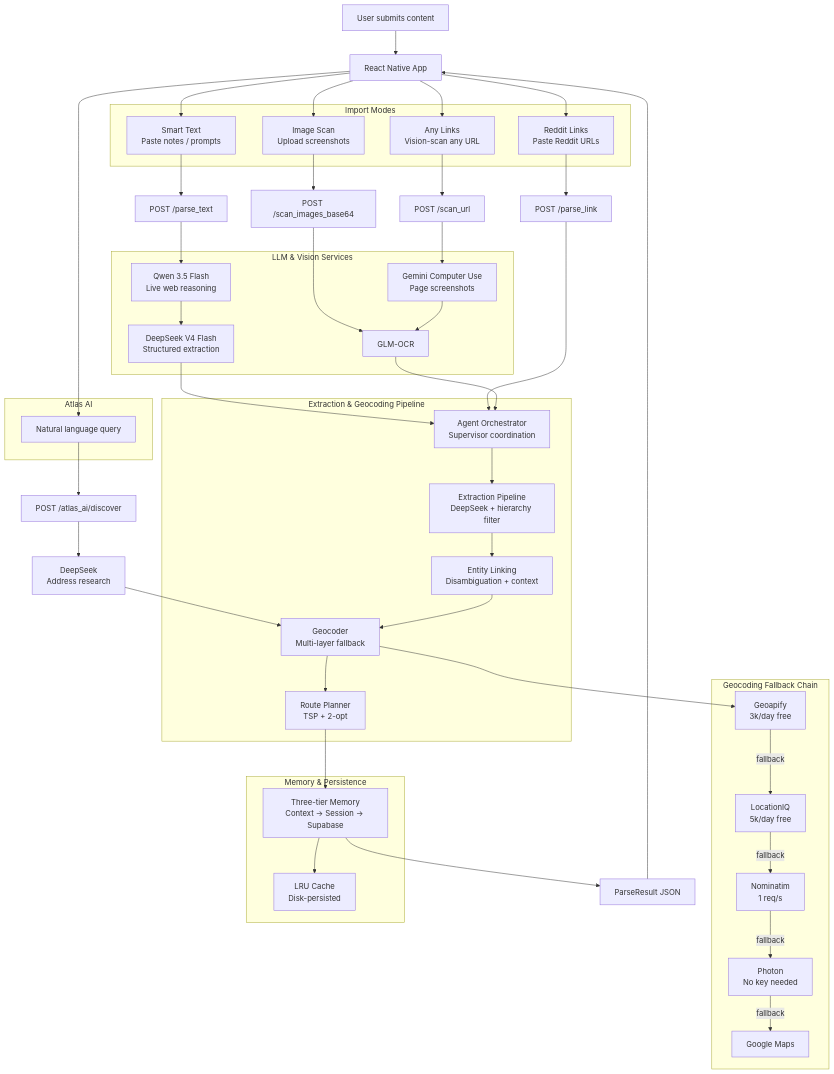
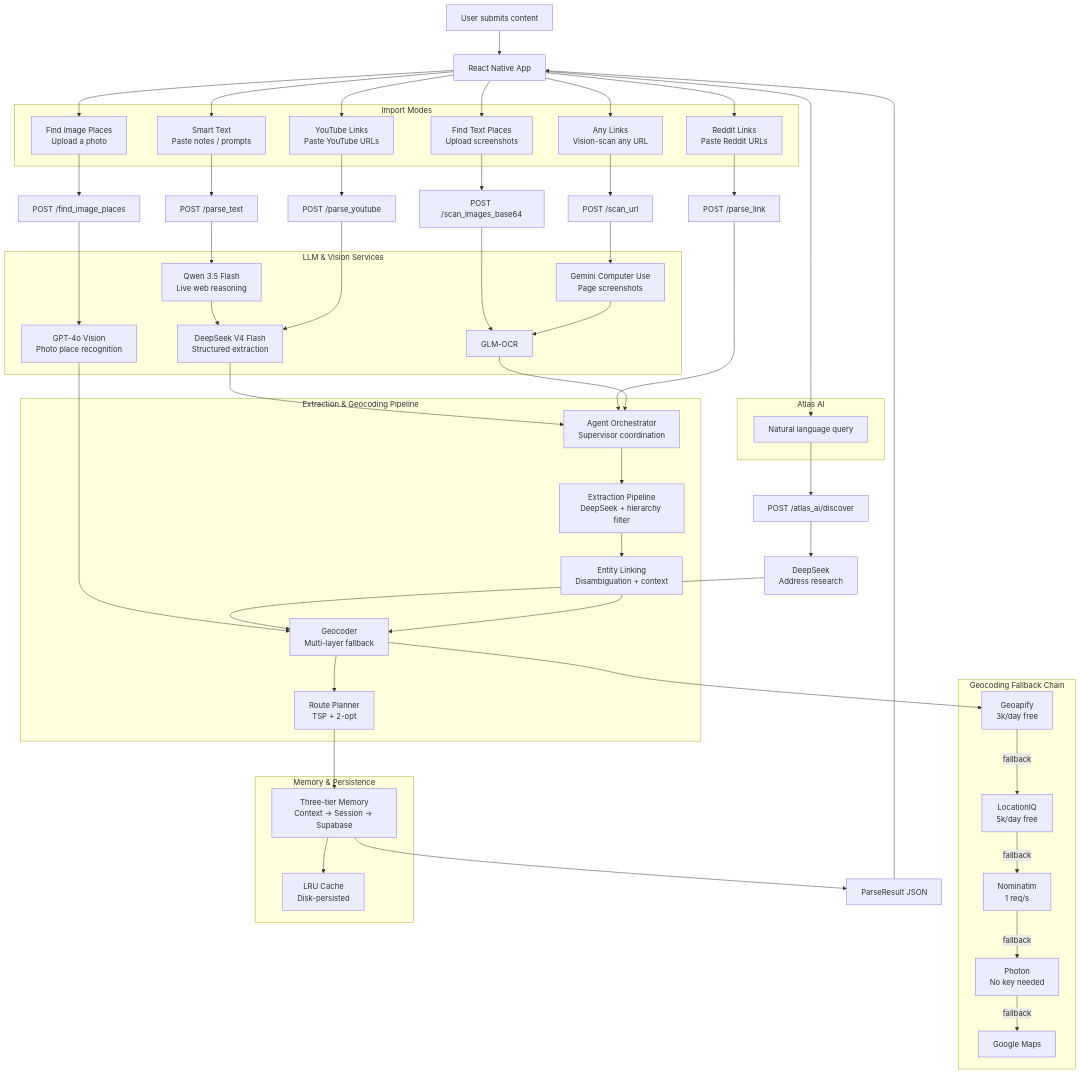
One commit to zjwang168/atlas-mobile changed the first of 7 diagrams in README.md. Above: the diagram before and after it, drawn with Mermaid. The commit also changed other lines of this file and 10 other files, not shown here.

Commit message:
feat: add YouTube links pipeline and GPT-4o image place recognition

```diff
--- a/README.md
+++ b/README.md
@@ -18,9 +18,11 @@
 
     subgraph "Import Modes"
         ST[Smart Text<br/>Paste notes / prompts]
-        IS[Image Scan<br/>Upload screenshots]
+        FT[Find Text Places<br/>Upload screenshots]
         RL[Reddit Links<br/>Paste Reddit URLs]
         AL[Any Links<br/>Vision-scan any URL]
+        YT[YouTube Links<br/>Paste YouTube URLs]
+        IF[Find Image Places<br/>Upload a photo]
     end
 
     subgraph "Atlas AI"
@@ -28,15 +30,19 @@
     end
 
     App --> ST
-    App --> IS
+    App --> FT
     App --> RL
     App --> AL
+    App --> YT
+    App --> IF
     App --> AA
 
     RL --> PL[POST /parse_link]
     ST --> PT[POST /parse_text]
-    IS --> SI[POST /scan_images_base64]
+    FT --> SI[POST /scan_images_base64]
     AL --> SU[POST /scan_url]
+    YT --> YP[POST /parse_youtube]
+    IF --> FP[POST /find_image_places]
     AA --> DA[POST /atlas_ai/discover]
 
     subgraph "LLM & Vision Services"
@@ -44,6 +50,7 @@
         DS[DeepSeek V4 Flash<br/>Structured extraction]
         GCU[Gemini Computer Use<br/>Page screenshots]
         OCR[GLM-OCR]
+        GPT4O[GPT-4o Vision<br/>Photo place recognition]
     end
 
     subgraph "Extraction & Geocoding Pipeline"
@@ -63,6 +70,10 @@
     SU --> GCU
     GCU --> OCR
     OCR --> ORCH
+
+    YP --> DS
+    FP --> GPT4O
+    GPT4O --> GEO
 
     DA --> DS2[DeepSeek<br/>Address research]
     DS2 --> GEO
```
